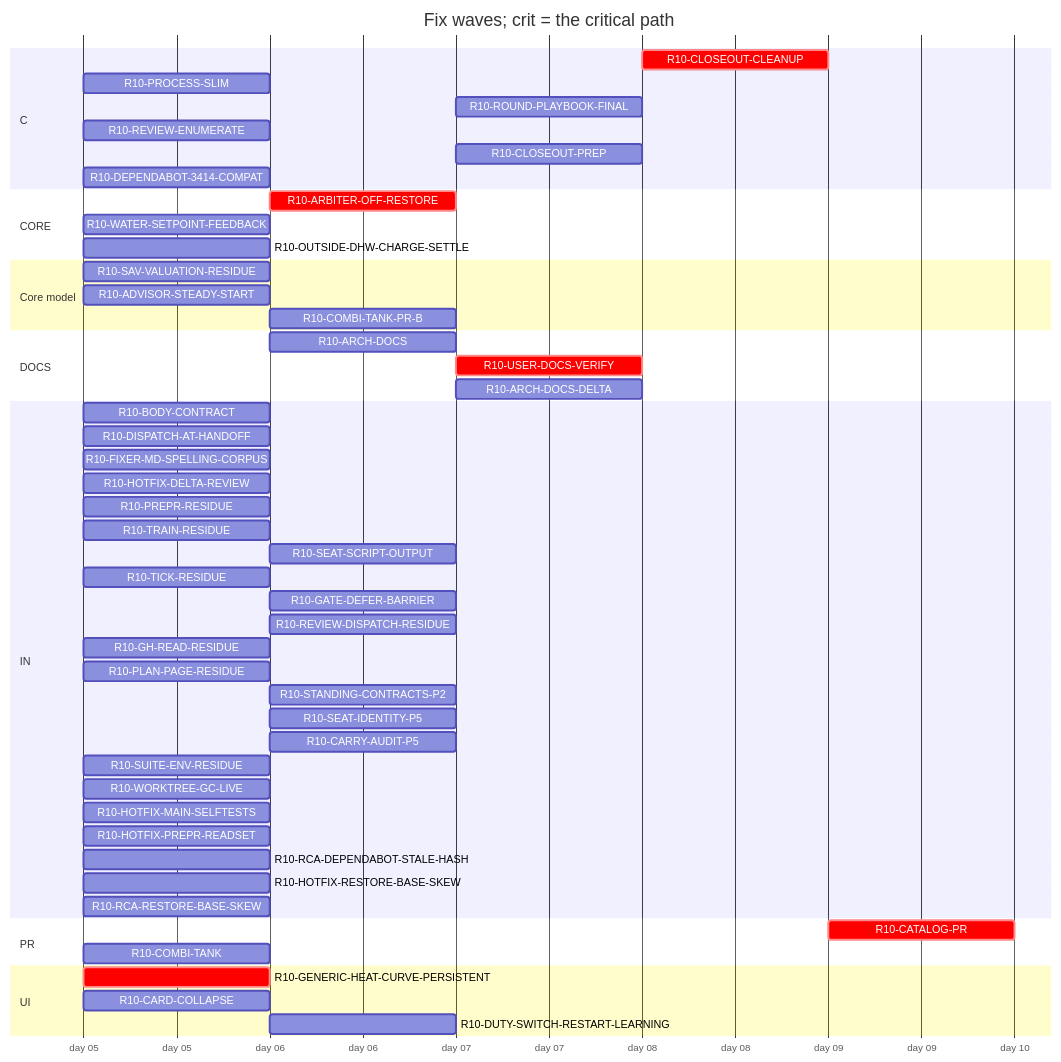
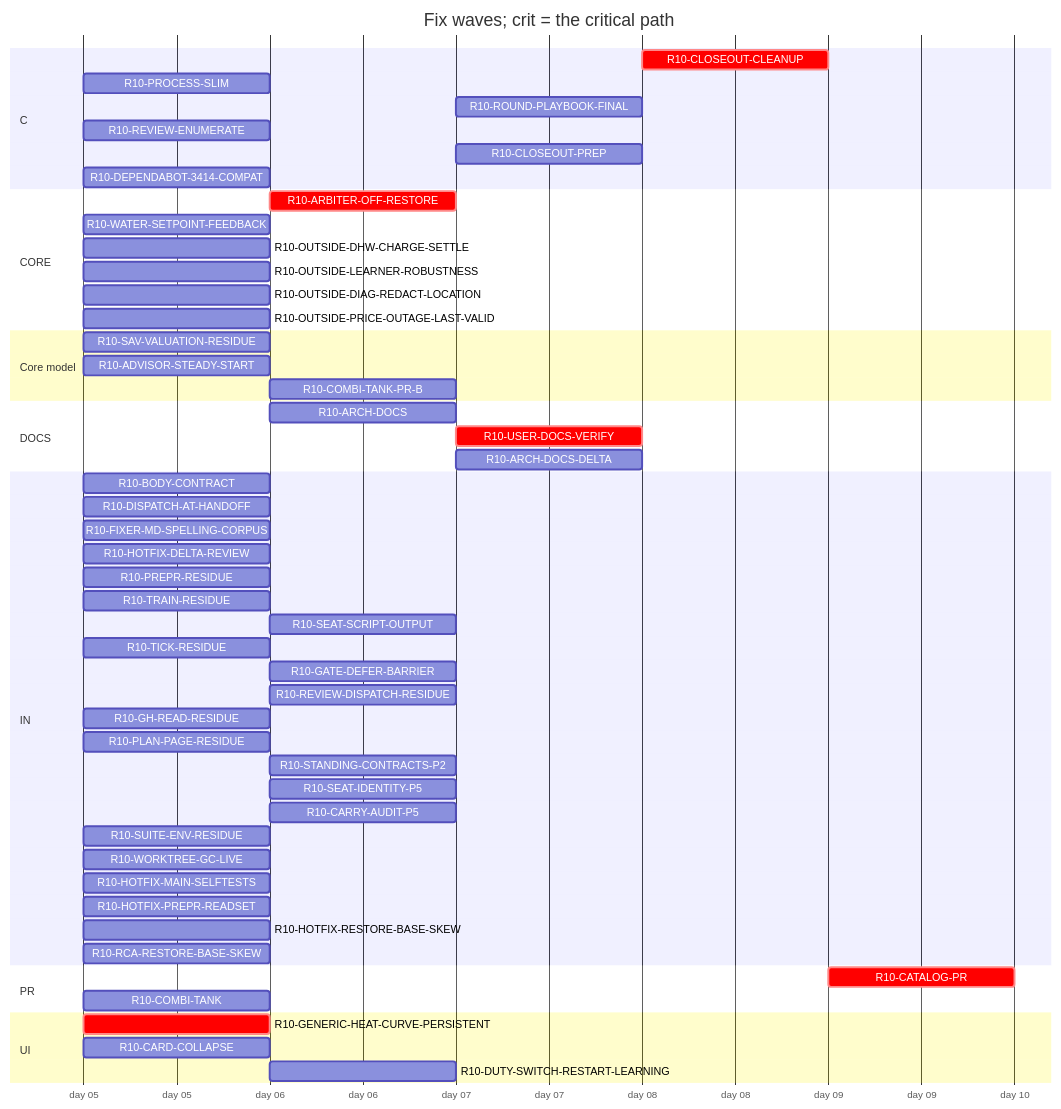
Before and after one commit to tvofi/heatpump_optimizer: the diagram in handoff/round10/state/PLAN-TABLE.md, drawn with Mermaid. The commit also changed other lines of this file and 3 other files, not shown here.

Commit message:
state: FLOW-BOARD.md, NEXT-SESSION-PROMPT.md, PLAN-TABLE.md, RESUME-CURRENT.md regenerated (state_docs.py)

````diff
--- a/handoff/round10/state/PLAN-TABLE.md
+++ b/handoff/round10/state/PLAN-TABLE.md
@@ -20,55 +20,57 @@
 ```mermaid
 gantt
   title Fix waves; crit = the critical path
   dateFormat YYYY-MM-DD
   axisFormat day %d
   section C
     R10-CLOSEOUT-CLEANUP :crit, r10CLOSEOUTCLEANUP, after r10ARCHDOCS r10USERDOCSVERIFY r10ROUNDPLAYBOOKFINAL r10CLOSEOUTPREP r10ARCHDOCSDELTA, 1d
     R10-PROCESS-SLIM :r10PROCESSSLIM, 2026-01-05, 1d
     R10-ROUND-PLAYBOOK-FINAL :r10ROUNDPLAYBOOKFINAL, after r10DISPATCHATHANDOFF r10BODYCONTRACT r10PROCESSSLIM r10FIXERMDSPELLINGCORPUS r10PREPRRESIDUE r10SEATSCRIPTOUTPUT r10REVIEWDISPATCHRESIDUE r10CARRYAUDITP5 r10TICKRESIDUE r10SEATIDENTITYP5 r10STANDINGCONTRACTSP2 r10PLANPAGERESIDUE r10TRAINRESIDUE r10GHREADRESIDUE r10SUITEENVRESIDUE r10GATEDEFERBARRIER r10WORKTREEGCLIVE, 1d
     R10-REVIEW-ENUMERATE :r10REVIEWENUMERATE, 2026-01-05, 1d
     R10-CLOSEOUT-PREP :r10CLOSEOUTPREP, after r10ARCHDOCS r10DISPATCHATHANDOFF r10BODYCONTRACT r10PROCESSSLIM r10FIXERMDSPELLINGCORPUS r10PREPRRESIDUE r10SEATSCRIPTOUTPUT r10REVIEWDISPATCHRESIDUE r10CARRYAUDITP5 r10TICKRESIDUE r10SEATIDENTITYP5 r10STANDINGCONTRACTSP2 r10PLANPAGERESIDUE r10TRAINRESIDUE r10GHREADRESIDUE r10SUITEENVRESIDUE r10GATEDEFERBARRIER r10WORKTREEGCLIVE, 1d
     R10-DEPENDABOT-3414-COMPAT :r10DEPENDABOT3414COMPAT, 2026-01-05, 1d
   section CORE
     R10-ARBITER-OFF-RESTORE :crit, r10ARBITEROFFRESTORE, after r10GENERICHEATCURVEPERSISTENT r10WATERSETPOINTFEEDBACK, 1d
     R10-WATER-SETPOINT-FEEDBACK :r10WATERSETPOINTFEEDBACK, 2026-01-05, 1d
     R10-OUTSIDE-DHW-CHARGE-SETTLE :r10OUTSIDEDHWCHARGESETTLE, 2026-01-05, 1d
+    R10-OUTSIDE-LEARNER-ROBUSTNESS :r10OUTSIDELEARNERROBUSTNESS, 2026-01-05, 1d
+    R10-OUTSIDE-DIAG-REDACT-LOCATION :r10OUTSIDEDIAGREDACTLOCATION, 2026-01-05, 1d
+    R10-OUTSIDE-PRICE-OUTAGE-LAST-VALID :r10OUTSIDEPRICEOUTAGELASTVALID, 2026-01-05, 1d
   section Core model
     R10-SAV-VALUATION-RESIDUE :r10SAVVALUATIONRESIDUE, 2026-01-05, 1d
     R10-ADVISOR-STEADY-START :r10ADVISORSTEADYSTART, 2026-01-05, 1d
     R10-COMBI-TANK-PR-B :r10COMBITANKPRB, after r10COMBITANK, 1d
   section DOCS
     R10-ARCH-DOCS :r10ARCHDOCS, after r10DISPATCHATHANDOFF r10BODYCONTRACT r10PROCESSSLIM, 1d
     R10-USER-DOCS-VERIFY :crit, r10USERDOCSVERIFY, after r10GENERICHEATCURVEPERSISTENT r10ARBITEROFFRESTORE r10COMBITANK, 1d
     R10-ARCH-DOCS-DELTA :r10ARCHDOCSDELTA, after r10ARCHDOCS r10GENERICHEATCURVEPERSISTENT r10ARBITEROFFRESTORE r10COMBITANK r10SAVVALUATIONRESIDUE r10ADVISORSTEADYSTART r10COMBITANKPRB, 1d
   section IN
     R10-BODY-CONTRACT :r10BODYCONTRACT, 2026-01-05, 1d
     R10-DISPATCH-AT-HANDOFF :r10DISPATCHATHANDOFF, 2026-01-05, 1d
     R10-FIXER-MD-SPELLING-CORPUS :r10FIXERMDSPELLINGCORPUS, 2026-01-05, 1d
     R10-HOTFIX-DELTA-REVIEW :r10HOTFIXDELTAREVIEW, 2026-01-05, 1d
     R10-PREPR-RESIDUE :r10PREPRRESIDUE, 2026-01-05, 1d
     R10-TRAIN-RESIDUE :r10TRAINRESIDUE, 2026-01-05, 1d
     R10-SEAT-SCRIPT-OUTPUT :r10SEATSCRIPTOUTPUT, after r10TRAINRESIDUE, 1d
     R10-TICK-RESIDUE :r10TICKRESIDUE, 2026-01-05, 1d
     R10-GATE-DEFER-BARRIER :r10GATEDEFERBARRIER, after r10TRAINRESIDUE r10TICKRESIDUE, 1d
     R10-REVIEW-DISPATCH-RESIDUE :r10REVIEWDISPATCHRESIDUE, after r10DISPATCHATHANDOFF r10REVIEWENUMERATE r10HOTFIXDELTAREVIEW r10PROCESSSLIM, 1d
     R10-GH-READ-RESIDUE :r10GHREADRESIDUE, 2026-01-05, 1d
     R10-PLAN-PAGE-RESIDUE :r10PLANPAGERESIDUE, 2026-01-05, 1d
     R10-STANDING-CONTRACTS-P2 :r10STANDINGCONTRACTSP2, after r10FIXERMDSPELLINGCORPUS, 1d
     R10-SEAT-IDENTITY-P5 :r10SEATIDENTITYP5, after r10TICKRESIDUE, 1d
     R10-CARRY-AUDIT-P5 :r10CARRYAUDITP5, after r10BODYCONTRACT, 1d
     R10-SUITE-ENV-RESIDUE :r10SUITEENVRESIDUE, 2026-01-05, 1d
     R10-WORKTREE-GC-LIVE :r10WORKTREEGCLIVE, 2026-01-05, 1d
     R10-HOTFIX-MAIN-SELFTESTS :r10HOTFIXMAINSELFTESTS, 2026-01-05, 1d
     R10-HOTFIX-PREPR-READSET :r10HOTFIXPREPRREADSET, 2026-01-05, 1d
-    R10-RCA-DEPENDABOT-STALE-HASH :r10RCADEPENDABOTSTALEHASH, 2026-01-05, 1d
     R10-HOTFIX-RESTORE-BASE-SKEW :r10HOTFIXRESTOREBASESKEW, 2026-01-05, 1d
     R10-RCA-RESTORE-BASE-SKEW :r10RCARESTOREBASESKEW, 2026-01-05, 1d
   section PR
     R10-CATALOG-PR :crit, r10CATALOGPR, after r10USERDOCSVERIFY r10ARCHDOCS r10ROUNDPLAYBOOKFINAL r10CLOSEOUTCLEANUP r10CLOSEOUTPREP r10ARCHDOCSDELTA, 1d
     R10-COMBI-TANK :r10COMBITANK, 2026-01-05, 1d
   section UI
     R10-GENERIC-HEAT-CURVE-PERSISTENT :crit, r10GENERICHEATCURVEPERSISTENT, 2026-01-05, 1d
     R10-CARD-COLLAPSE :r10CARDCOLLAPSE, 2026-01-05, 1d
     R10-DUTY-SWITCH-RESTART-LEARNING :r10DUTYSWITCHRESTARTLEARNING, after r10WATERSETPOINTFEEDBACK, 1d
 ```
````
